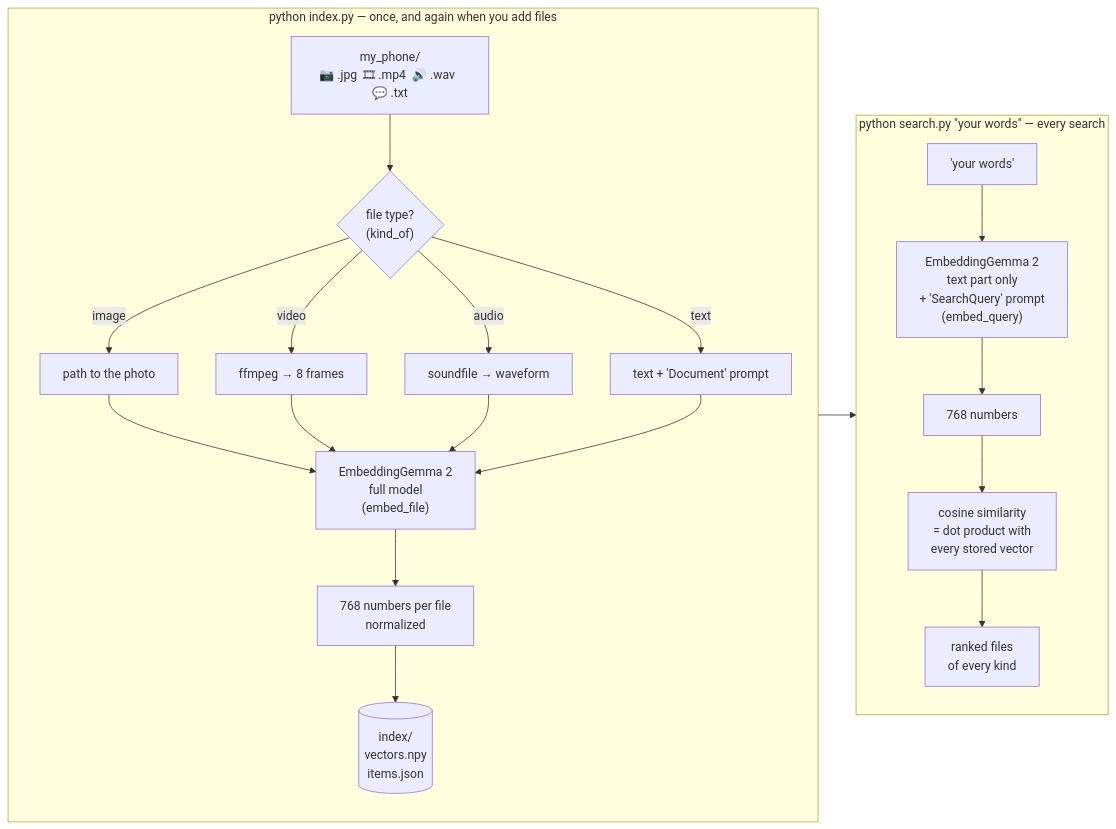
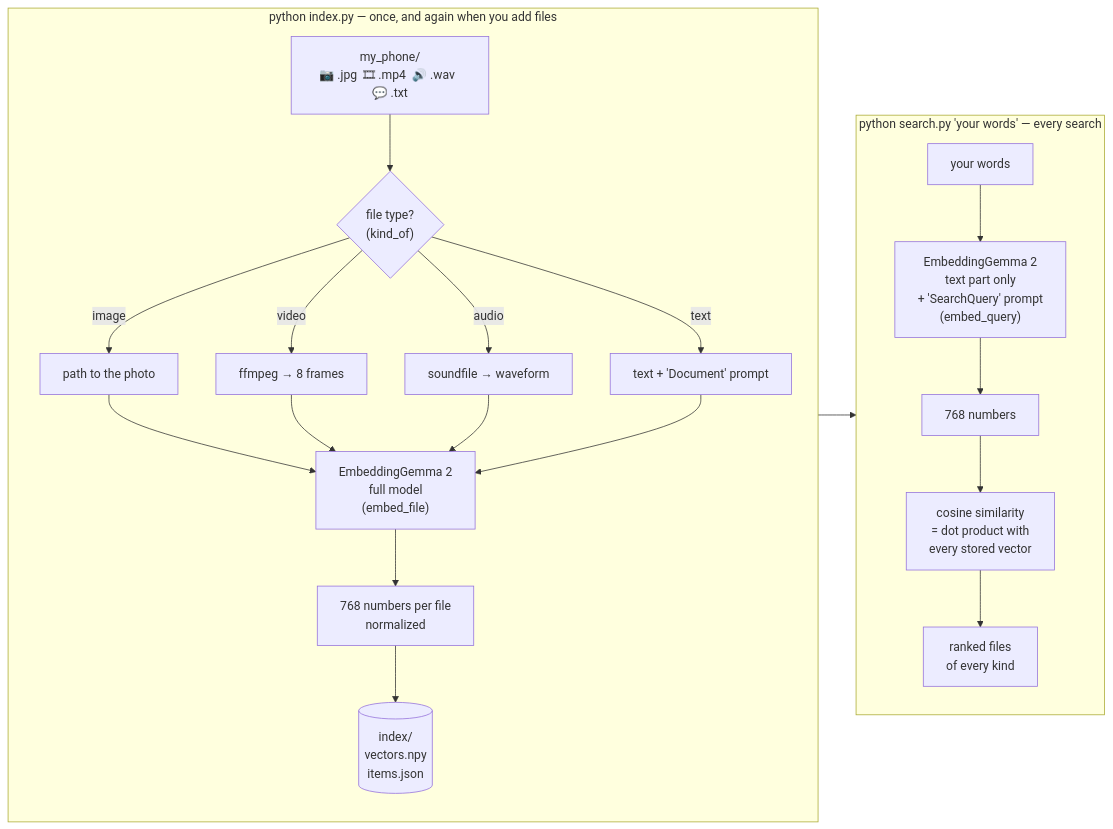
The diagram in README.md (ranjankndev/embeddinggemma2-search), drawn with Mermaid before and after one commit.

Commit message:
Fix formatting in README for search command example

````diff
--- a/README.md
+++ b/README.md
@@ -25,24 +25,24 @@
 ```mermaid
 flowchart LR
     subgraph ONCE["python index.py — once, and again when you add files"]
         direction TB
         F["my_phone/<br/>📷 .jpg  🎞 .mp4  🔊 .wav  💬 .txt"] --> K{"file type?<br/>(kind_of)"}
         K -->|image| I["path to the photo"]
         K -->|video| V["ffmpeg → 8 frames"]
         K -->|audio| A["soundfile → waveform"]
         K -->|text| T["text + 'Document' prompt"]
         I & V & A & T --> M1["EmbeddingGemma 2<br/>full model<br/>(embed_file)"]
         M1 --> E1["768 numbers per file<br/>normalized"]
         E1 --> DB[("index/<br/>vectors.npy<br/>items.json")]
     end
 
-    subgraph EACH[" python search.py &quot;your words&quot; — every search"]
+    subgraph EACH["python search.py 'your words' — every search"]
         direction TB
-        Q['your words'] --> M2["EmbeddingGemma 2<br/>text part only<br/>+ 'SearchQuery' prompt<br/>(embed_query)"]
+        Q["your words"] --> M2["EmbeddingGemma 2<br/>text part only<br/>+ 'SearchQuery' prompt<br/>(embed_query)"]
         M2 --> E2["768 numbers"]
         E2 --> C["cosine similarity<br/>= dot product with<br/>every stored vector"]
         C --> R["ranked files<br/>of every kind"]
     end
 
     DB --> C
 ```
````
